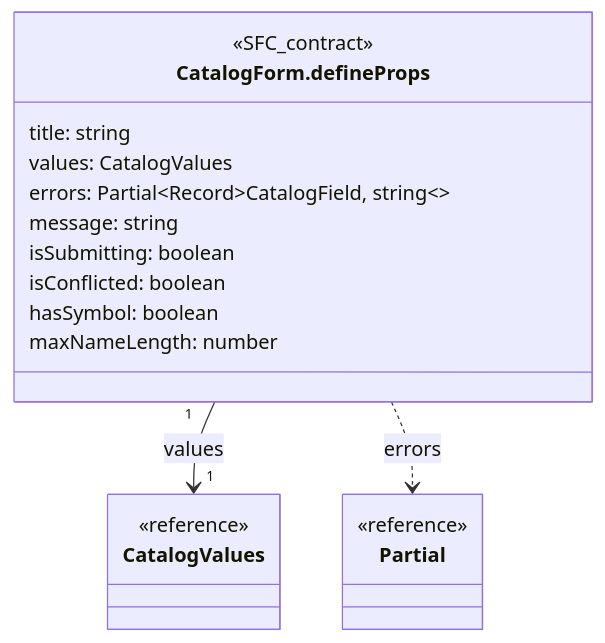
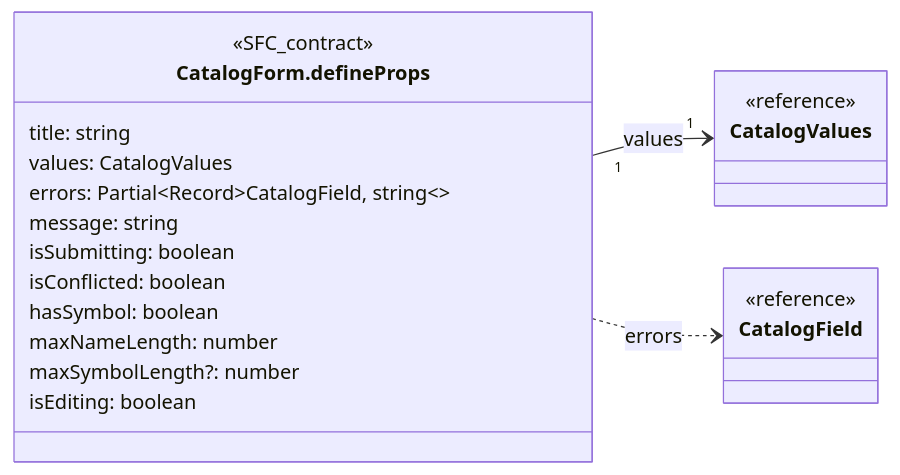
The tenth of 36 diagrams in front/docs/architecture/views/logical/type-reference/catalogs.md (gpgsistemas01/nexus), drawn with Mermaid before and after one commit. The commit also changed other lines of this file and 37 other files, not shown here.

Commit message:
docs: depurar diagramas y conservar contratos propios del frontend

````diff
--- a/front/docs/architecture/views/logical/type-reference/catalogs.md
+++ b/front/docs/architecture/views/logical/type-reference/catalogs.md
@@ -264,23 +250,25 @@
 ```mermaid
 classDiagram
-    direction TB
+    direction LR
     class Subject["CatalogForm.defineProps"] {
         <<SFC_contract>>
         title: string
         values: CatalogValues
         errors: Partial~Record~CatalogField, string~~
         message: string
         isSubmitting: boolean
         isConflicted: boolean
         hasSymbol: boolean
         maxNameLength: number
+        maxSymbolLength?: number
+        isEditing: boolean
     }
     class R0["CatalogValues"] {
         <<reference>>
     }
-    class R1["Partial"] {
+    class R1["CatalogField"] {
         <<reference>>
     }
     Subject "1" --> "1" R0 : values
     Subject ..> R1 : errors
 ```
````
